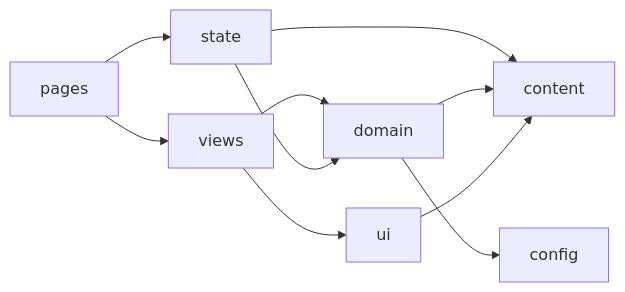
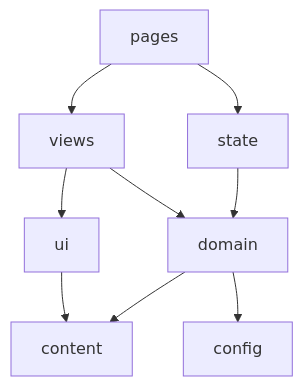
One commit to mrsadri/dual-wallet-prototype changed the first of 2 diagrams in docs/ARCHITECTURE.md. Above: the diagram before and after it, drawn with Mermaid. The commit also changed other lines of this file and 5 other files, not shown here.

````diff
--- a/docs/ARCHITECTURE.md
+++ b/docs/ARCHITECTURE.md
@@ -40,12 +41,11 @@
 ```mermaid
-flowchart LR
+flowchart TD
   pages --> views
   pages --> state
+  views --> ui
   views --> domain
-  views --> ui
   state --> domain
-  state --> content
   domain --> content
   domain --> config
   ui --> content
 ```
````
